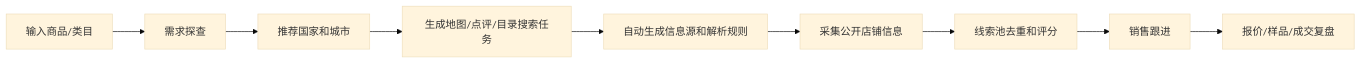
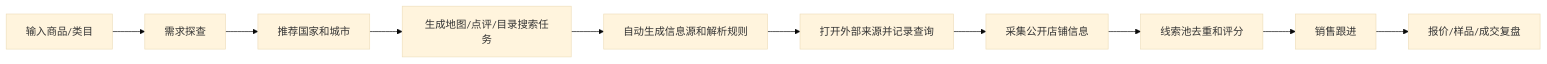
The diagram in docs/B2B_LEAD_GENERATION_PLAN.md (LeeTimeTrue1999/globaltrade-autopilot), drawn with Mermaid (base theme) before and after one commit. The commit also changed other lines of this file and 3 other files, not shown here.

````diff
--- a/docs/B2B_LEAD_GENERATION_PLAN.md
+++ b/docs/B2B_LEAD_GENERATION_PLAN.md
@@ -19,11 +19,12 @@
 ```mermaid
 flowchart LR
   A["输入商品/类目"] --> B["需求探查"]
   B --> C["推荐国家和城市"]
   C --> D["生成地图/点评/目录搜索任务"]
   D --> E["自动生成信息源和解析规则"]
-  E --> F["采集公开店铺信息"]
-  F --> G["线索池去重和评分"]
-  G --> H["销售跟进"]
-  H --> I["报价/样品/成交复盘"]
+  E --> F["打开外部来源并记录查询"]
+  F --> G["采集公开店铺信息"]
+  G --> H["线索池去重和评分"]
+  H --> I["销售跟进"]
+  I --> J["报价/样品/成交复盘"]
 ```
````
